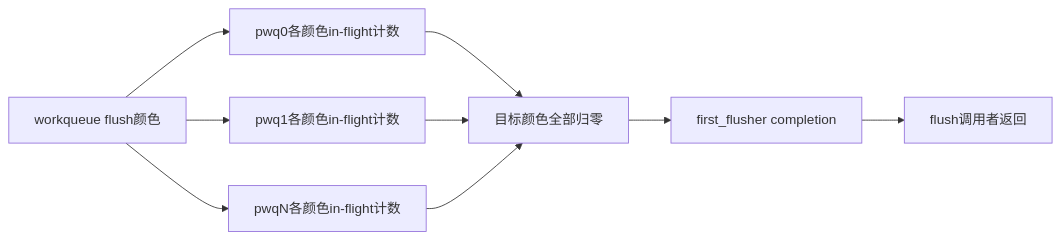
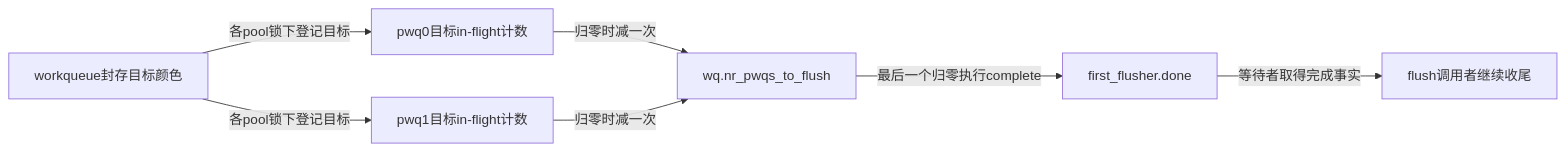
One commit to FormingSystem/linux_note changed the first of 3 diagrams in knowledge/linux/synchronization_and_asynchrony/asynchrony/workqueue/P06_flush_cancel与颜色代际.md. Above: the diagram before and after it, drawn with Mermaid. The commit also changed other lines of this file and 10 other files, not shown here.

````diff
--- a/knowledge/linux/synchronization_and_asynchrony/asynchrony/workqueue/P06_flush_cancel与颜色代际.md
+++ b/knowledge/linux/synchronization_and_asynchrony/asynchrony/workqueue/P06_flush_cancel与颜色代际.md
@@ -28,11 +30,9 @@
 ```mermaid
 flowchart LR
-    WQ["workqueue flush颜色"] --> P0["pwq0各颜色in-flight计数"]
-    WQ --> P1["pwq1各颜色in-flight计数"]
-    WQ --> PN["pwqN各颜色in-flight计数"]
-    P0 --> D["目标颜色全部归零"]
-    P1 --> D
-    PN --> D
-    D --> C["first_flusher completion"]
-    C --> F["flush调用者返回"]
+    WQ["workqueue封存目标颜色"] -->|各pool锁下登记目标| P0["pwq0目标in-flight计数"]
+    WQ -->|各pool锁下登记目标| P1["pwq1目标in-flight计数"]
+    P0 -->|归零时减一次| D["wq.nr_pwqs_to_flush"]
+    P1 -->|归零时减一次| D
+    D -->|最后一个归零执行complete| C["first_flusher.done"]
+    C -->|等待者取得完成事实| F["flush调用者继续收尾"]
 ```
````
